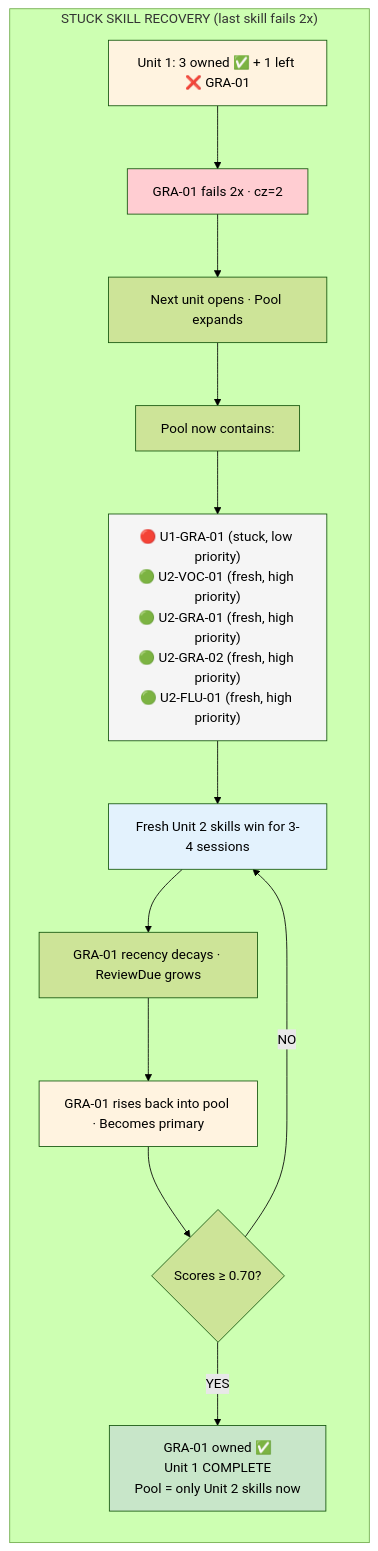
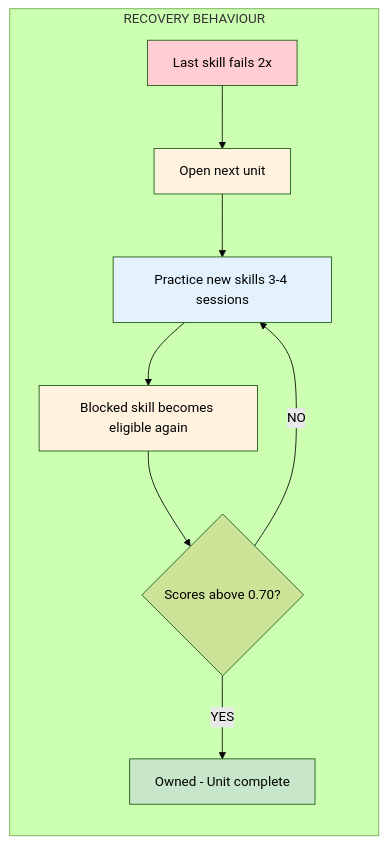
The third of 3 diagrams in docs/mintlify-src/adaptive-mastery.mdx (anshika410/English_learning_flutter_app), drawn with Mermaid (forest theme) before and after one commit. The commit also changed other lines of this file, not shown here.

Commit message:
docs: simplify two core behaviours - shorter diagrams + comparison table

````diff
--- a/docs/mintlify-src/adaptive-mastery.mdx
+++ b/docs/mintlify-src/adaptive-mastery.mdx
@@ -110,23 +103,17 @@
 ```mermaid
 flowchart TB
-    subgraph STUCK["STUCK SKILL RECOVERY (last skill fails 2x)"]
+    subgraph RECOVERY["RECOVERY BEHAVIOUR"]
         direction TB
-        S0[Unit 1: 3 owned ✅ + 1 left ❌ GRA-01] --> S1[GRA-01 fails 2x · cz=2]
-        S1 --> S2[Next unit opens · Pool expands]
-        S2 --> S3[Pool now contains:]
-        S3 --> S4["🔴 U1-GRA-01 (stuck, low priority)<br/>🟢 U2-VOC-01 (fresh, high priority)<br/>🟢 U2-GRA-01 (fresh, high priority)<br/>🟢 U2-GRA-02 (fresh, high priority)<br/>🟢 U2-FLU-01 (fresh, high priority)"]
-        S4 --> S5[Fresh Unit 2 skills win for 3-4 sessions]
-        S5 --> S6[GRA-01 recency decays · ReviewDue grows]
-        S6 --> S7[GRA-01 rises back into pool · Becomes primary]
-        S7 --> S8{Scores ≥ 0.70?}
-        S8 -->|YES| S9[GRA-01 owned ✅<br/>Unit 1 COMPLETE<br/>Pool = only Unit 2 skills now]
-        S8 -->|NO| S5
+        S1[Last skill fails 2x] --> S2[Open next unit]
+        S2 --> S3[Practice new skills 3-4 sessions]
+        S3 --> S4[Blocked skill becomes eligible again]
+        S4 --> S5{Scores above 0.70?}
+        S5 -->|YES| S6[Owned - Unit complete]
+        S5 -->|NO| S3
     end
-
-    style S0 fill:#fff3e0
     style S1 fill:#ffcdd2
-    style S4 fill:#f5f5f5
-    style S5 fill:#e3f2fd
-    style S7 fill:#fff3e0
-    style S9 fill:#c8e6c9
+    style S2 fill:#fff3e0
+    style S3 fill:#e3f2fd
+    style S4 fill:#fff3e0
+    style S6 fill:#c8e6c9
 ```
````
